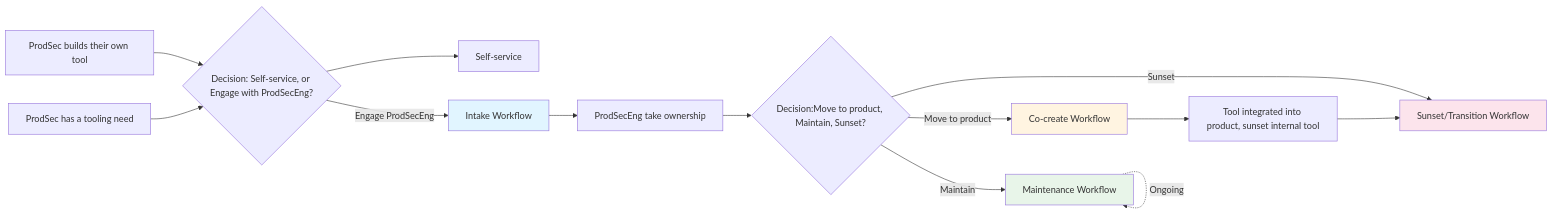
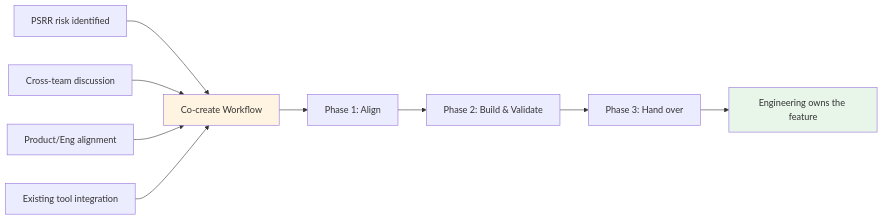
Before and after one commit to kyama0/gitlab-handbook-ja: the diagram in content/handbook/security/product-security/security-platforms-architecture/security-interlock/prodsec-to-product-workflow/_index.md, drawn with Mermaid. The commit also changed other lines of this file and 31 other files, not shown here.

````diff
--- a/content/handbook/security/product-security/security-platforms-architecture/security-interlock/prodsec-to-product-workflow/_index.md
+++ b/content/handbook/security/product-security/security-platforms-architecture/security-interlock/prodsec-to-product-workflow/_index.md
@@ -35,20 +39,14 @@
 ```mermaid
 graph LR
-    A[ProdSec builds their own tool] --> C{Decision: Self-service, or Engage with ProdSecEng?}
-    B[ProdSec has a tooling need] --> C
-    C --> D[Self-service]
-    C --> |Engage ProdSecEng| E[Intake Workflow]
-    E --> F[ProdSecEng take ownership]
-    F --> G{Decision:Move to product, Maintain, Sunset?}
-    G -->|Move to product| H[Co-create Workflow]
-    G -->|Maintain| I[Maintenance Workflow]
-    G -->|Sunset| J[Sunset/Transition Workflow]
-    H --> K[Tool integrated into product, sunset internal tool]
-    K --> J
-    I -.Ongoing.-> I
-    
-    style E fill:#e1f5ff
-    style H fill:#fff4e1
+    A[PSRR risk identified] --> D[Co-create Workflow]
+    B[Cross-team discussion] --> D
+    C[Product/Eng alignment] --> D
+    E[Existing tool integration] --> D
+    D --> F[Phase 1: Align]
+    F --> G[Phase 2: Build & Validate]
+    G --> H[Phase 3: Hand over]
+    H --> I[Engineering owns the feature]
+
+    style D fill:#fff4e1
     style I fill:#e8f5e9
-    style J fill:#fce4ec
 ```
````
